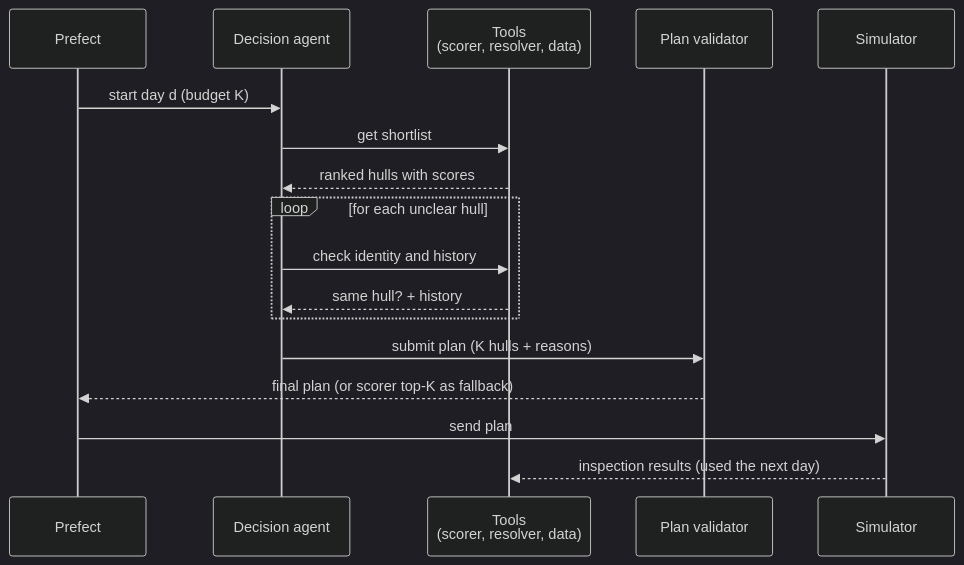
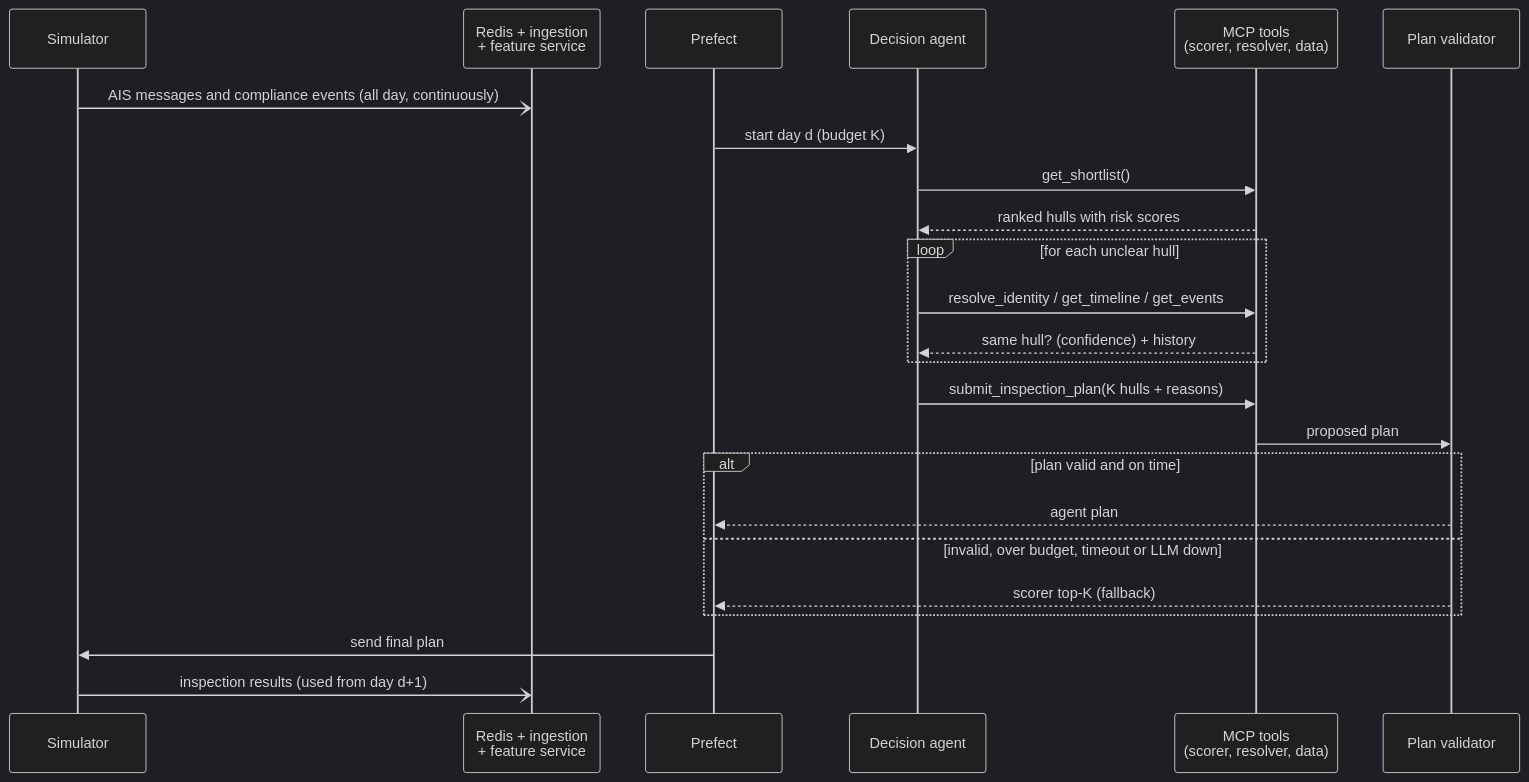
One commit to acadelina/SAA changed the diagram in docs/diagrams/daily-cycle.mmd. Above: the diagram before and after it, drawn with Mermaid (dark theme). The commit also changed 7 other files, not shown here.

First line of the commit message:
Complete Milestone 2 architecture and plan

```diff
--- a/docs/diagrams/daily-cycle.mmd
+++ b/docs/diagrams/daily-cycle.mmd
@@ -1,18 +1,25 @@
 sequenceDiagram
+    participant S as Simulator
+    participant I as Redis + ingestion<br/>+ feature service
     participant P as Prefect
     participant A as Decision agent
-    participant T as Tools<br/>(scorer, resolver, data)
+    participant T as MCP tools<br/>(scorer, resolver, data)
     participant V as Plan validator
-    participant S as Simulator
 
+    S-)I: AIS messages and compliance events (all day, continuously)
     P->>A: start day d (budget K)
-    A->>T: get shortlist
-    T-->>A: ranked hulls with scores
+    A->>T: get_shortlist()
+    T-->>A: ranked hulls with risk scores
     loop for each unclear hull
-        A->>T: check identity and history
-        T-->>A: same hull? + history
+        A->>T: resolve_identity / get_timeline / get_events
+        T-->>A: same hull? (confidence) + history
     end
-    A->>V: submit plan (K hulls + reasons)
-    V-->>P: final plan (or scorer top-K as fallback)
-    P->>S: send plan
-    S-->>T: inspection results (used the next day)
+    A->>T: submit_inspection_plan(K hulls + reasons)
+    T->>V: proposed plan
+    alt plan valid and on time
+        V-->>P: agent plan
+    else invalid, over budget, timeout or LLM down
+        V-->>P: scorer top-K (fallback)
+    end
+    P->>S: send final plan
+    S-)I: inspection results (used from day d+1)
```
